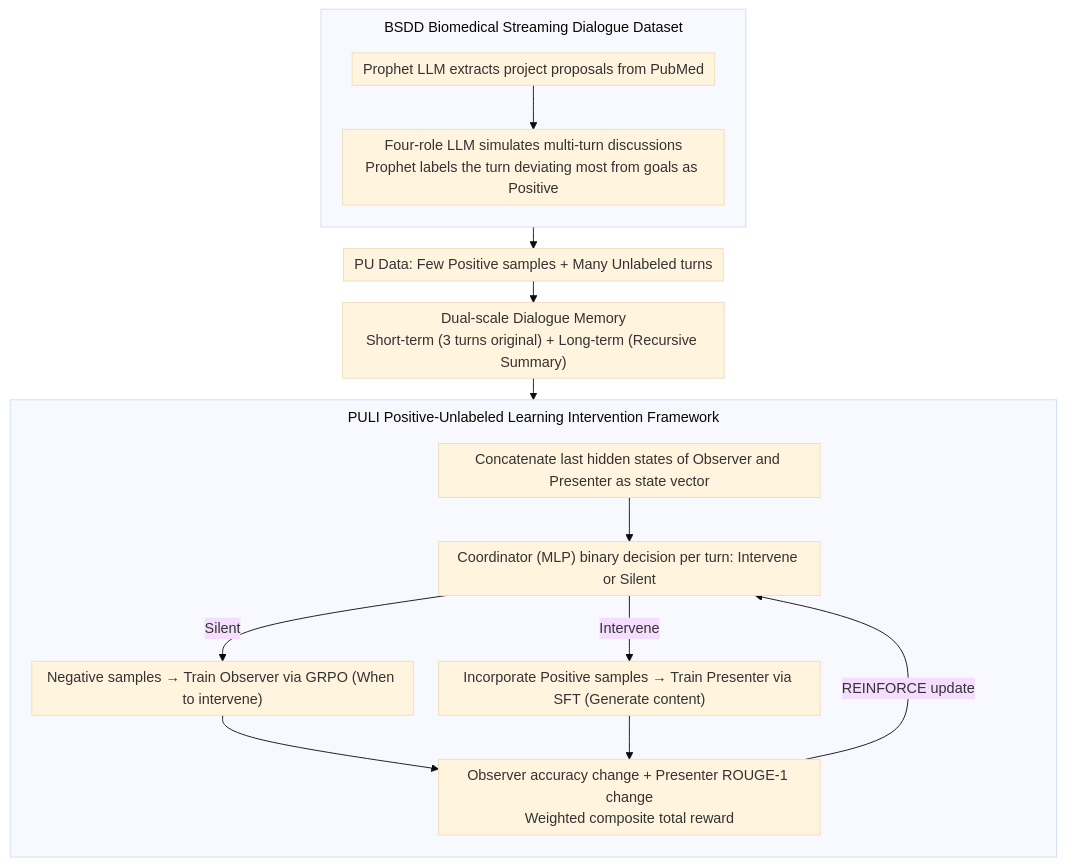
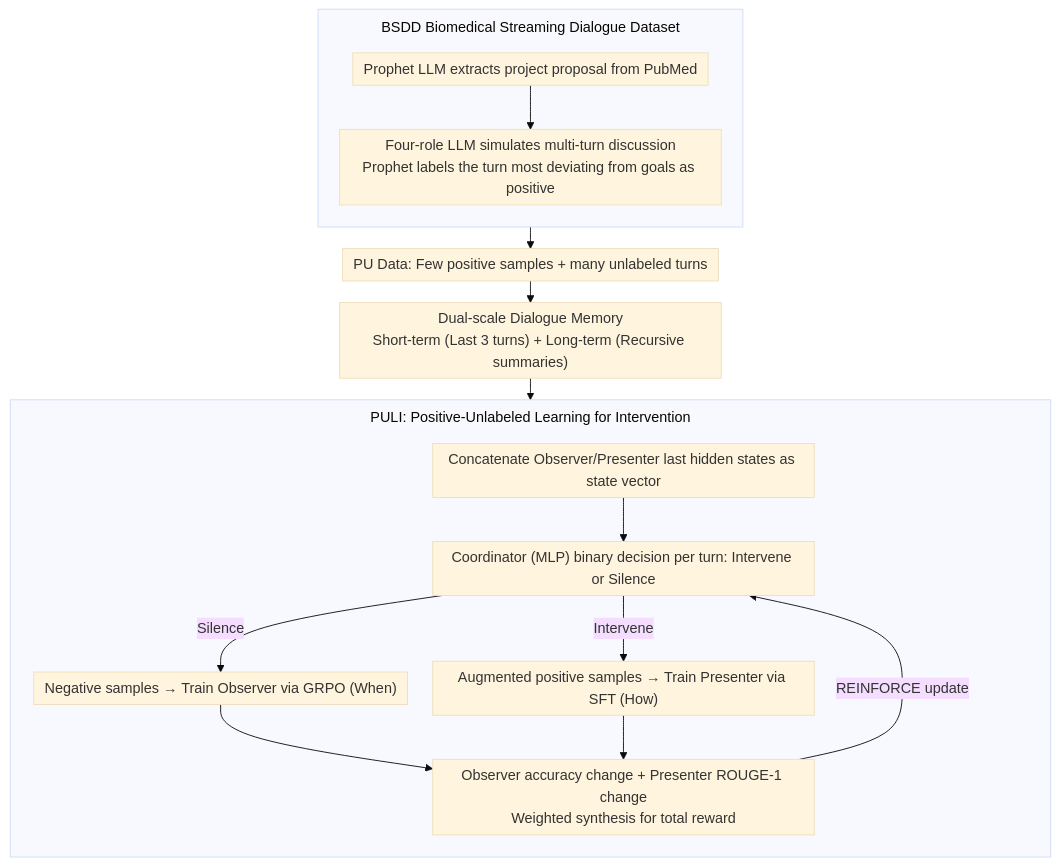
One commit to zhaoyang97/Paper-Notes-en changed the diagram in docs/ACL2026/medical_nlp/34excuse_me_may_i_say_something34_colabscience_a_proactive_ai_assistant_for_biom.md. Above: the diagram before and after it, drawn with Mermaid (base theme). The commit also changed other lines of this file and 5084 other files, not shown here.

````diff
--- a/docs/ACL2026/medical_nlp/34excuse_me_may_i_say_something34_colabscience_a_proactive_ai_assistant_for_biom.md
+++ b/docs/ACL2026/medical_nlp/34excuse_me_may_i_say_something34_colabscience_a_proactive_ai_assistant_for_biom.md
@@ -44,20 +44,20 @@
 ```mermaid
 %%{init: {'flowchart': {'rankSpacing': 24, 'nodeSpacing': 28, 'padding': 6, 'wrappingWidth': 400, 'subGraphTitleMargin': {'top': 8, 'bottom': 16}}}}%%
 flowchart TD
     subgraph DATA["BSDD Biomedical Streaming Dialogue Dataset"]
         direction TB
-        P1["Prophet LLM extracts project proposals from PubMed"] --> P2["Four-role LLM simulates multi-turn discussions<br/>Prophet labels the turn deviating most from goals as Positive"]
+        P1["Prophet LLM extracts project proposal from PubMed"] --> P2["Four-role LLM simulates multi-turn discussion<br/>Prophet labels the turn most deviating from goals as positive"]
     end
-    P2 --> PU["PU Data: Few Positive samples + Many Unlabeled turns"]
-    PU --> MEM["Dual-scale Dialogue Memory<br/>Short-term (3 turns original) + Long-term (Recursive Summary)"]
-    MEM --> S["Concatenate last hidden states of Observer and Presenter as state vector"]
-    subgraph PULI["PULI Positive-Unlabeled Learning Intervention Framework"]
+    P2 --> PU["PU Data: Few positive samples + many unlabeled turns"]
+    PU --> MEM["Dual-scale Dialogue Memory<br/>Short-term (Last 3 turns) + Long-term (Recursive summaries)"]
+    MEM --> S["Concatenate Observer/Presenter last hidden states as state vector"]
+    subgraph PULI["PULI: Positive-Unlabeled Learning for Intervention"]
         direction TB
-        S --> C["Coordinator (MLP) binary decision per turn: Intervene or Silent"]
-        C -->|"Silent"| OBS["Negative samples → Train Observer via GRPO (When to intervene)"]
-        C -->|"Intervene"| PRE["Incorporate Positive samples → Train Presenter via SFT (Generate content)"]
-        OBS --> R["Observer accuracy change + Presenter ROUGE-1 change<br/>Weighted composite total reward"]
+        S --> C["Coordinator (MLP) binary decision per turn: Intervene or Silence"]
+        C -->|"Silence"| OBS["Negative samples → Train Observer via GRPO (When)"]
+        C -->|"Intervene"| PRE["Augmented positive samples → Train Presenter via SFT (How)"]
+        OBS --> R["Observer accuracy change + Presenter ROUGE-1 change<br/>Weighted synthesis for total reward"]
         PRE --> R
         R -->|"REINFORCE update"| C
     end
 ```
````
